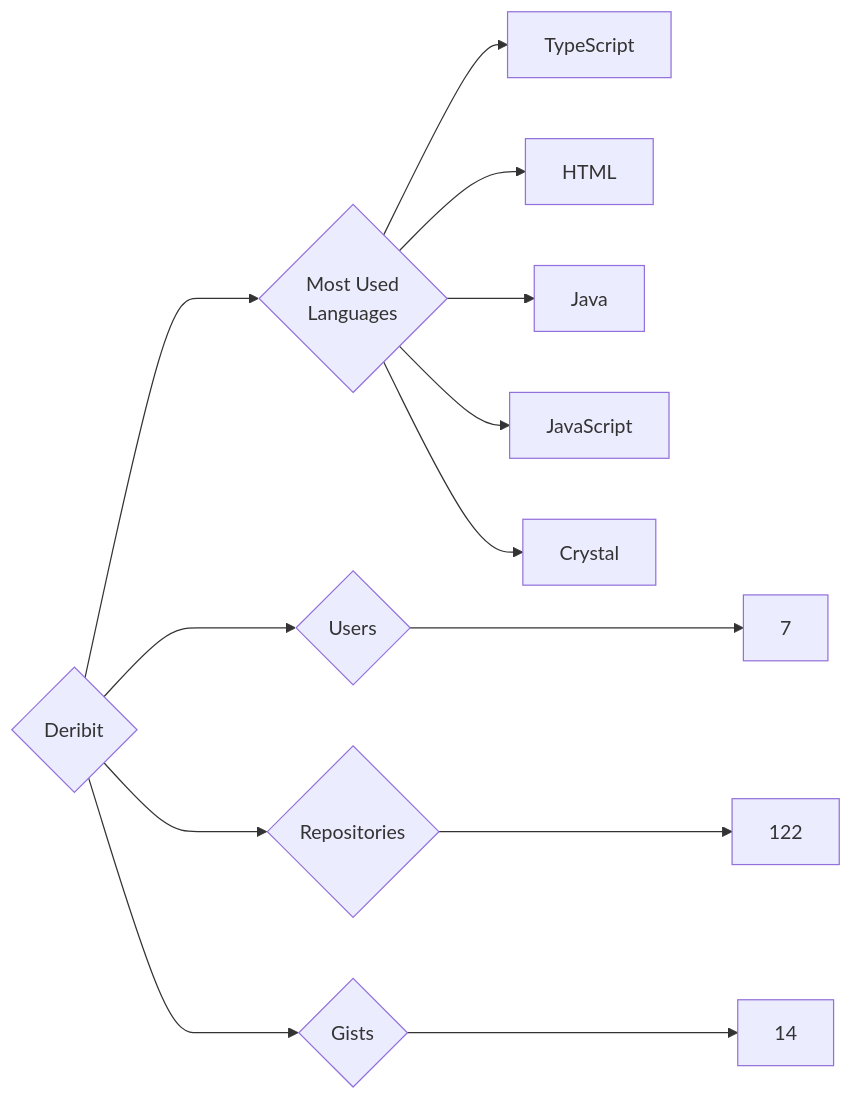
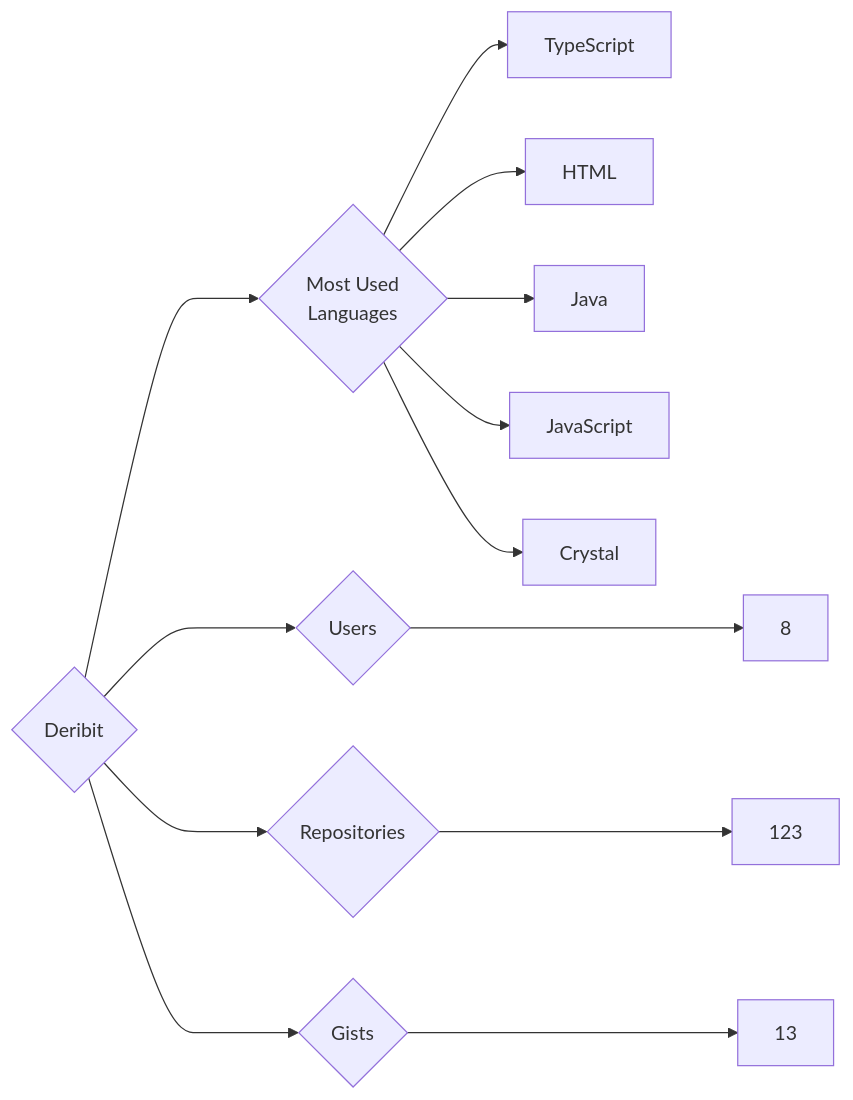
The diagram in targets/Deribit/README.md (trickest/insiders), drawn with Mermaid before and after one commit. The commit also changed 1055 other files, not shown here.

````diff
--- a/targets/Deribit/README.md
+++ b/targets/Deribit/README.md
@@ -3,13 +3,13 @@
 ```mermaid
 graph LR
 COMPANY_NAME{Deribit}
-COMPANY_NAME ---> U{Users} ---> UN[7]
-COMPANY_NAME ---> R{Repositories} ---> RN[122]
-COMPANY_NAME ---> G{Gists} ---> GN[14]
+COMPANY_NAME ---> U{Users} ---> UN[8]
+COMPANY_NAME ---> R{Repositories} ---> RN[123]
+COMPANY_NAME ---> G{Gists} ---> GN[13]
 COMPANY_NAME ---> ML{Most Used<br>Languages}
 ML --> TypeScript[TypeScript]
 ML --> HTML[HTML]
 ML --> Java[Java]
 ML --> JavaScript[JavaScript]
 ML --> Crystal[Crystal]
 ```
````
